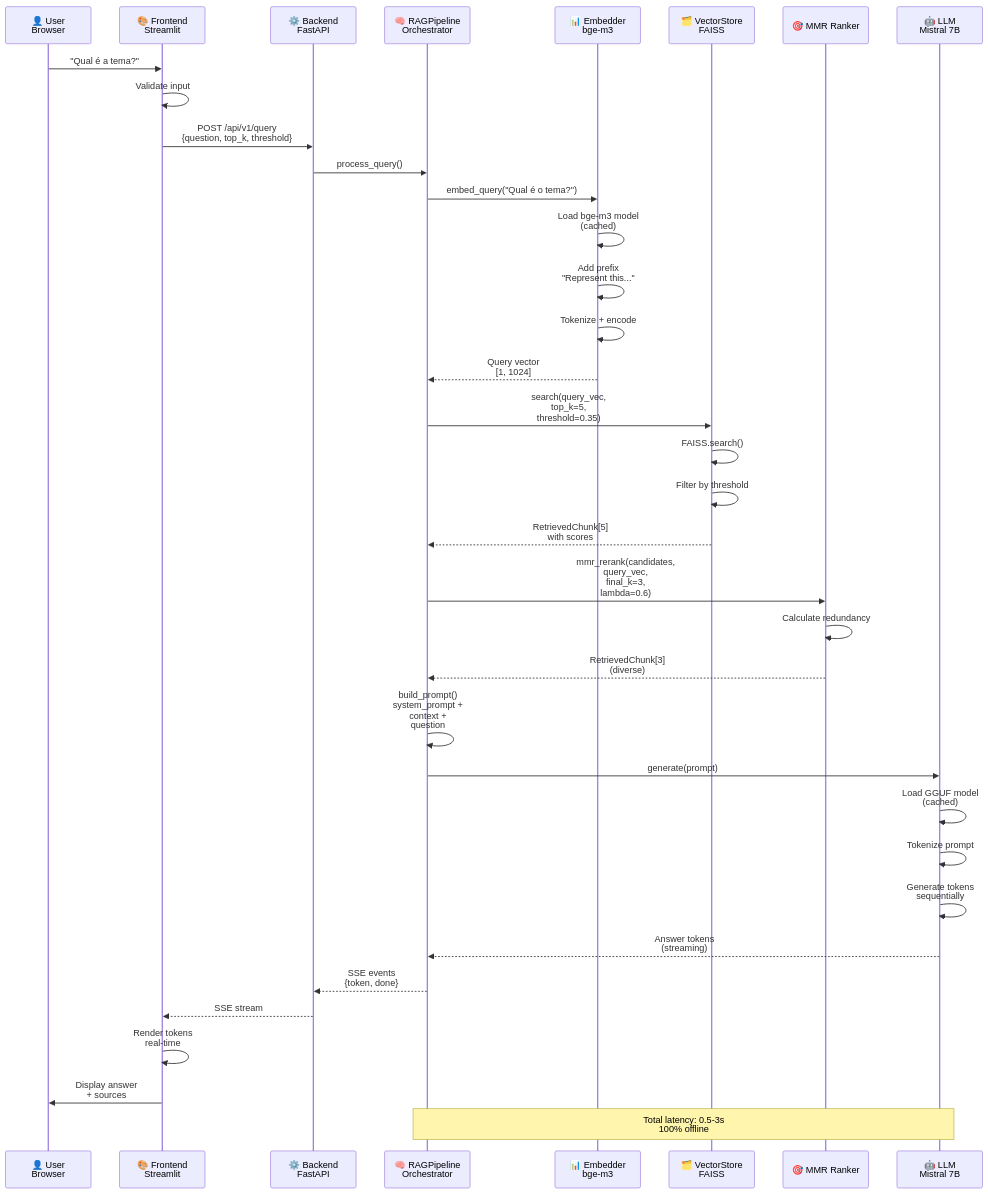
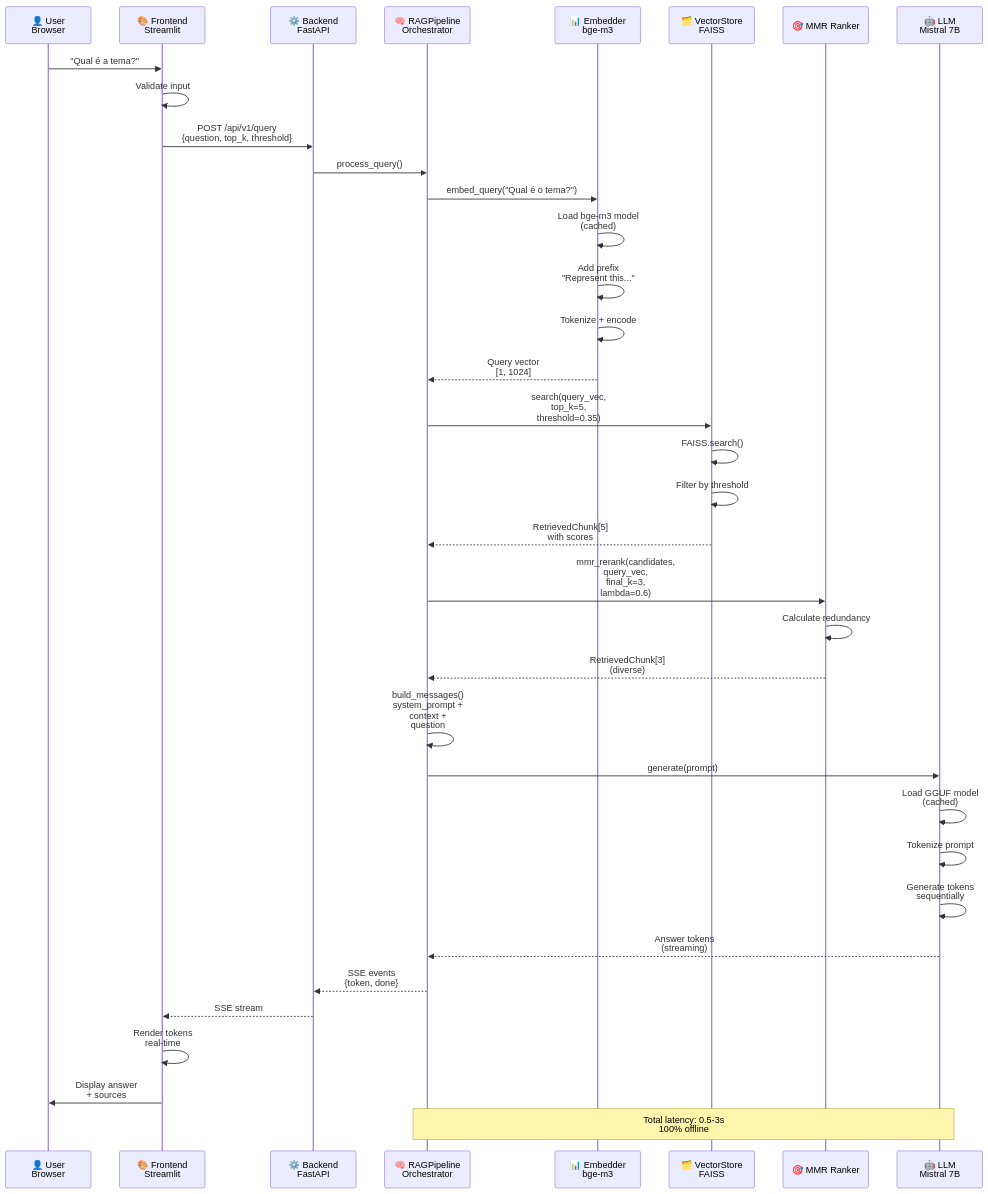
One commit to janiocljr/llm-rag changed the first of 5 diagrams in docs/DATA_FLOWS.md. Above: the diagram before and after it, drawn with Mermaid. The commit also changed 62 other files, not shown here.

````diff
--- a/docs/DATA_FLOWS.md
+++ b/docs/DATA_FLOWS.md
@@ -7,47 +7,47 @@
 ```mermaid
 sequenceDiagram
     participant User as 👤 User<br/>Browser
     participant Frontend as 🎨 Frontend<br/>Streamlit
     participant Backend as ⚙️ Backend<br/>FastAPI
     participant Pipeline as 🧠 RAGPipeline<br/>Orchestrator
     participant Embed as 📊 Embedder<br/>bge-m3
     participant VectorStore as 🗂️ VectorStore<br/>FAISS
     participant Ranker as 🎯 MMR Ranker
     participant LLM as 🤖 LLM<br/>Mistral 7B
     
     User->>Frontend: "Qual é a tema?"
     Frontend->>Frontend: Validate input
     
     Frontend->>Backend: POST /api/v1/query<br/>{question, top_k, threshold}
     Backend->>Pipeline: process_query()
     
     Pipeline->>Embed: embed_query("Qual é o tema?")
     Embed->>Embed: Load bge-m3 model<br/>(cached)
     Embed->>Embed: Add prefix<br/>"Represent this..."
     Embed->>Embed: Tokenize + encode
     Embed-->>Pipeline: Query vector<br/>[1, 1024]
     
     Pipeline->>VectorStore: search(query_vec,<br/>top_k=5,<br/>threshold=0.35)
     VectorStore->>VectorStore: FAISS.search()
     VectorStore->>VectorStore: Filter by threshold
     VectorStore-->>Pipeline: RetrievedChunk[5]<br/>with scores
     
     Pipeline->>Ranker: mmr_rerank(candidates,<br/>query_vec,<br/>final_k=3,<br/>lambda=0.6)
     Ranker->>Ranker: Calculate redundancy
     Ranker-->>Pipeline: RetrievedChunk[3]<br/>(diverse)
     
-    Pipeline->>Pipeline: build_prompt()<br/>system_prompt +<br/>context +<br/>question
+    Pipeline->>Pipeline: build_messages()<br/>system_prompt +<br/>context +<br/>question
     
     Pipeline->>LLM: generate(prompt)
     LLM->>LLM: Load GGUF model<br/>(cached)
     LLM->>LLM: Tokenize prompt
     LLM->>LLM: Generate tokens<br/>sequentially
     LLM-->>Pipeline: Answer tokens<br/>(streaming)
     
     Pipeline-->>Backend: SSE events<br/>{token, done}
     Backend-->>Frontend: SSE stream
     Frontend->>Frontend: Render tokens<br/>real-time
     Frontend->>User: Display answer<br/>+ sources
 
     Note over Pipeline,LLM: Total latency: 0.5-3s<br/>100% offline
 ```
````
